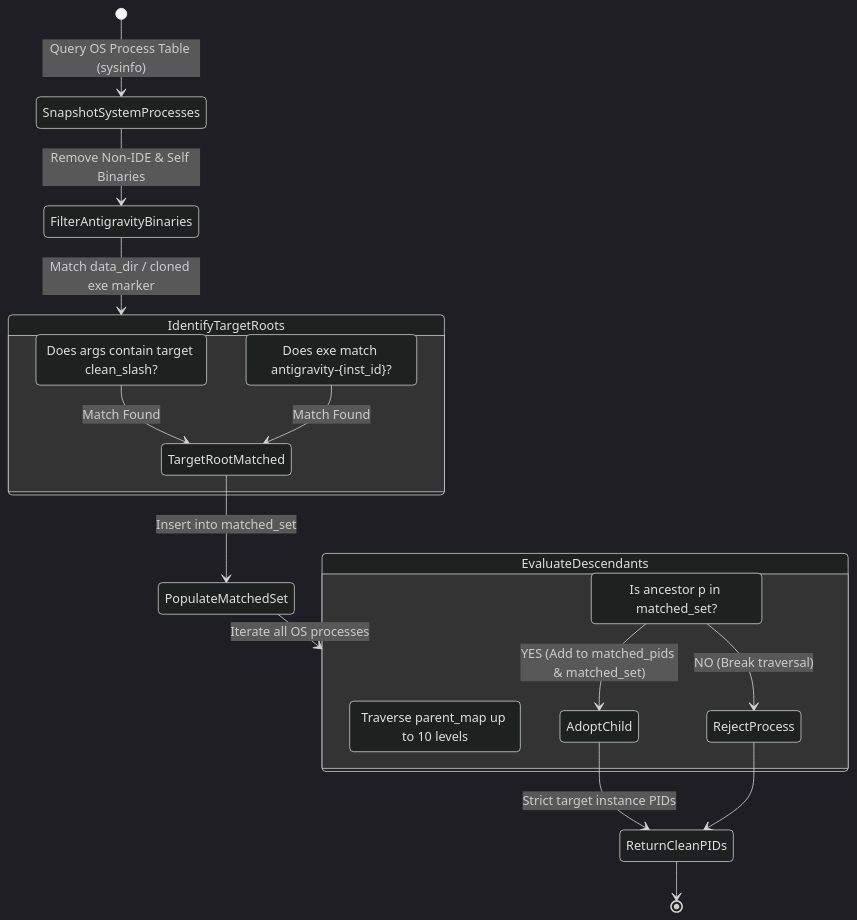
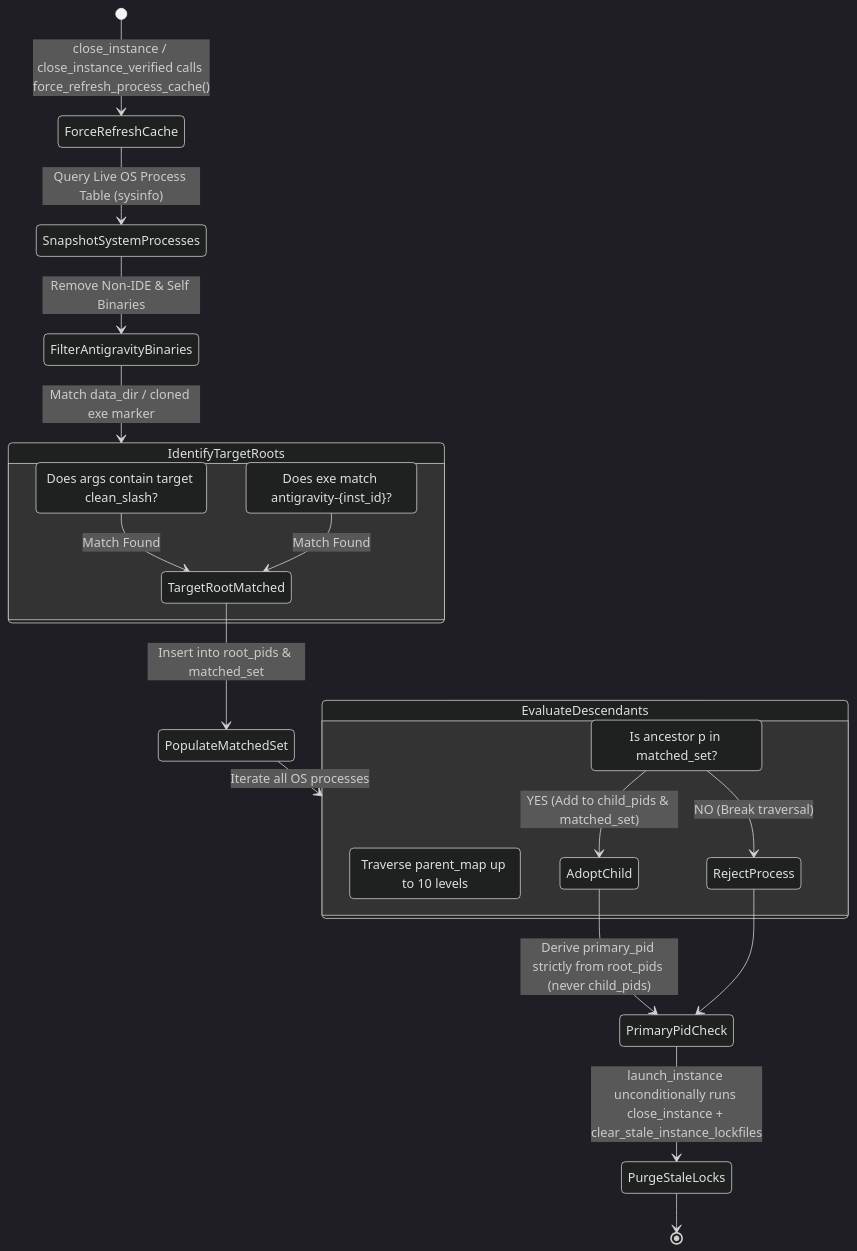
The second of 3 diagrams in 02-spec/21-app/auto-switch-and-rotate-fix/01-architecture-spec.md (alimtvnetwork/Antigravity-Manager), drawn with Mermaid (dark theme) before and after one commit. The commit also changed other lines of this file and 18 other files, not shown here.

````diff
--- a/02-spec/21-app/auto-switch-and-rotate-fix/01-architecture-spec.md
+++ b/02-spec/21-app/auto-switch-and-rotate-fix/01-architecture-spec.md
@@ -108,27 +134,29 @@
 ```mermaid
 stateDiagram-v2
-    [*] --> SnapshotSystemProcesses: Query OS Process Table (sysinfo)
+    [*] --> ForceRefreshCache: close_instance / close_instance_verified calls force_refresh_process_cache()
+    ForceRefreshCache --> SnapshotSystemProcesses: Query Live OS Process Table (sysinfo)
     SnapshotSystemProcesses --> FilterAntigravityBinaries: Remove Non-IDE & Self Binaries
     FilterAntigravityBinaries --> IdentifyTargetRoots: Match data_dir / cloned exe marker
     
     state IdentifyTargetRoots {
         CheckUserDataDir: Does args contain target clean_slash?
         CheckClonedMarker: Does exe match antigravity-{inst_id}?
         CheckUserDataDir --> TargetRootMatched: Match Found
         CheckClonedMarker --> TargetRootMatched: Match Found
     }
     
-    TargetRootMatched --> PopulateMatchedSet: Insert into matched_set
+    TargetRootMatched --> PopulateMatchedSet: Insert into root_pids & matched_set
     PopulateMatchedSet --> EvaluateDescendants: Iterate all OS processes
     
     state EvaluateDescendants {
         AscendParentChain: Traverse parent_map up to 10 levels
         CheckAncestorInMatchedSet: Is ancestor p in matched_set?
-        CheckAncestorInMatchedSet --> AdoptChild: YES (Add to matched_pids & matched_set)
+        CheckAncestorInMatchedSet --> AdoptChild: YES (Add to child_pids & matched_set)
         CheckAncestorInMatchedSet --> RejectProcess: NO (Break traversal)
     }
     
-    AdoptChild --> ReturnCleanPIDs: Strict target instance PIDs
-    RejectProcess --> ReturnCleanPIDs
-    ReturnCleanPIDs --> [*]
+    AdoptChild --> PrimaryPidCheck: Derive primary_pid strictly from root_pids (never child_pids)
+    RejectProcess --> PrimaryPidCheck
+    PrimaryPidCheck --> PurgeStaleLocks: launch_instance unconditionally runs close_instance + clear_stale_instance_lockfiles
+    PurgeStaleLocks --> [*]
 ```
````
